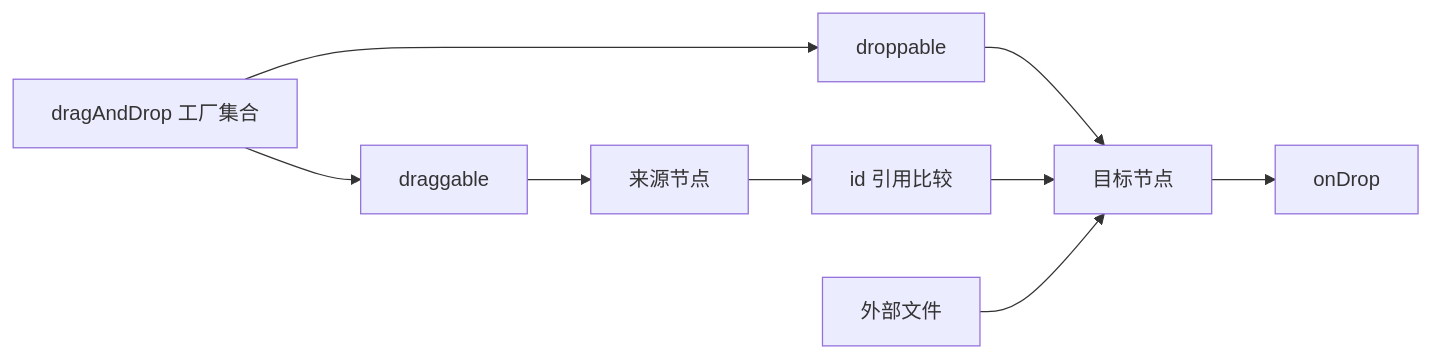
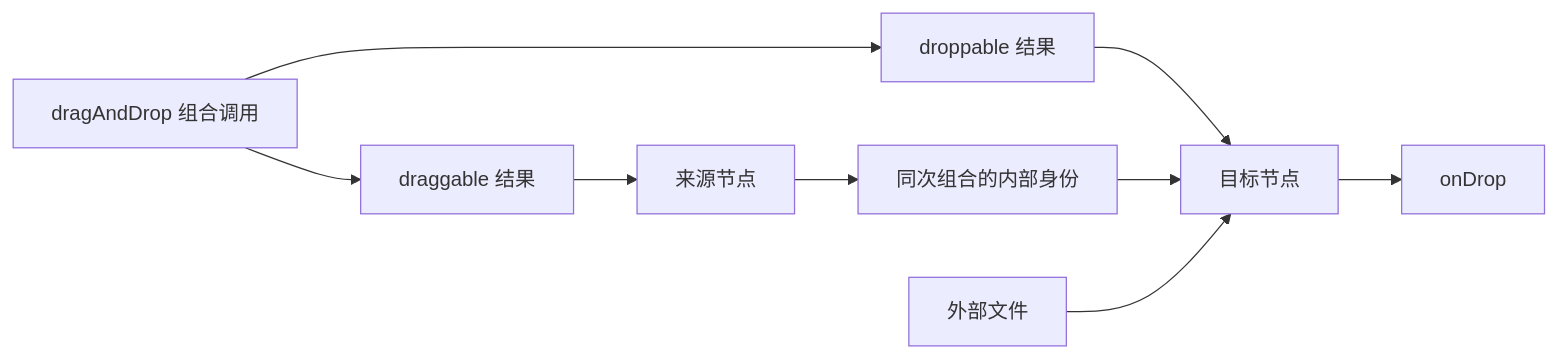
Before and after one commit to edsolater/uikit: the diagram in docs/guide/DragAndDrop基础能力.md, drawn with Mermaid. The commit also changed other lines of this file and 70 other files, not shown here.

````diff
--- a/docs/guide/DragAndDrop基础能力.md
+++ b/docs/guide/DragAndDrop基础能力.md
@@ -5,11 +5,11 @@
 ```mermaid
 flowchart LR
-  Group[dragAndDrop 工厂集合] --> Drag[draggable]
-  Group --> Drop[droppable]
+  Group[dragAndDrop 组合调用] --> Drag[draggable 结果]
+  Group --> Drop[droppable 结果]
   Drag --> Source[来源节点]
   Drop --> Target[目标节点]
-  Source --> Identity[id 引用比较]
+  Source --> Identity[同次组合的内部身份]
   Identity --> Target
   External[外部文件] --> Target
   Target --> Callback[onDrop]
 ```
````
